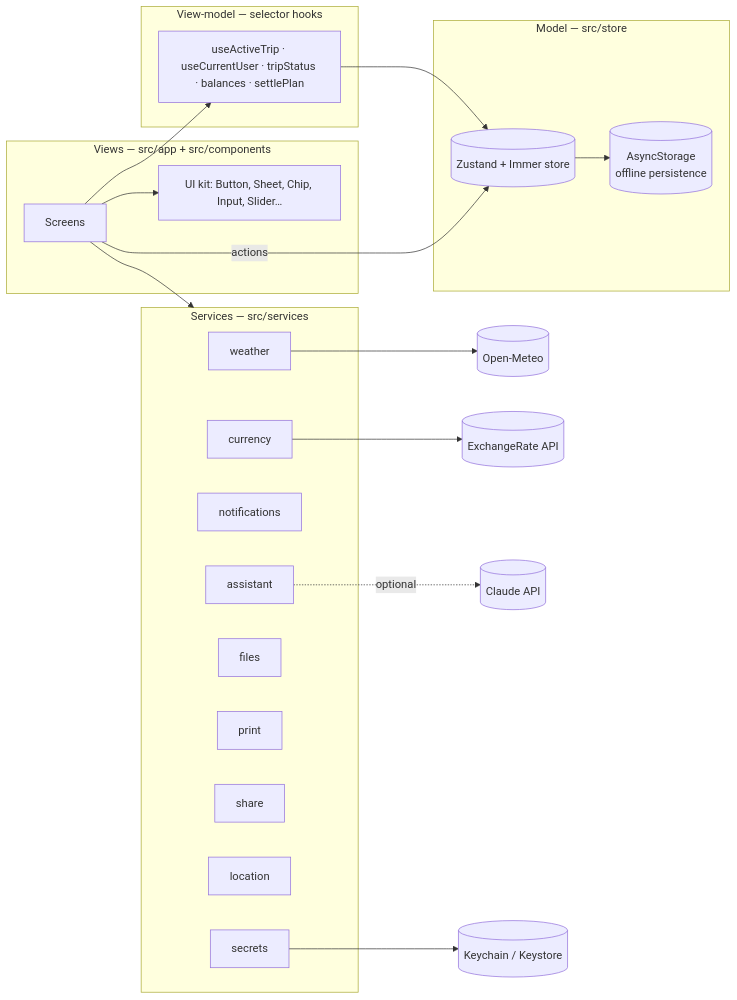
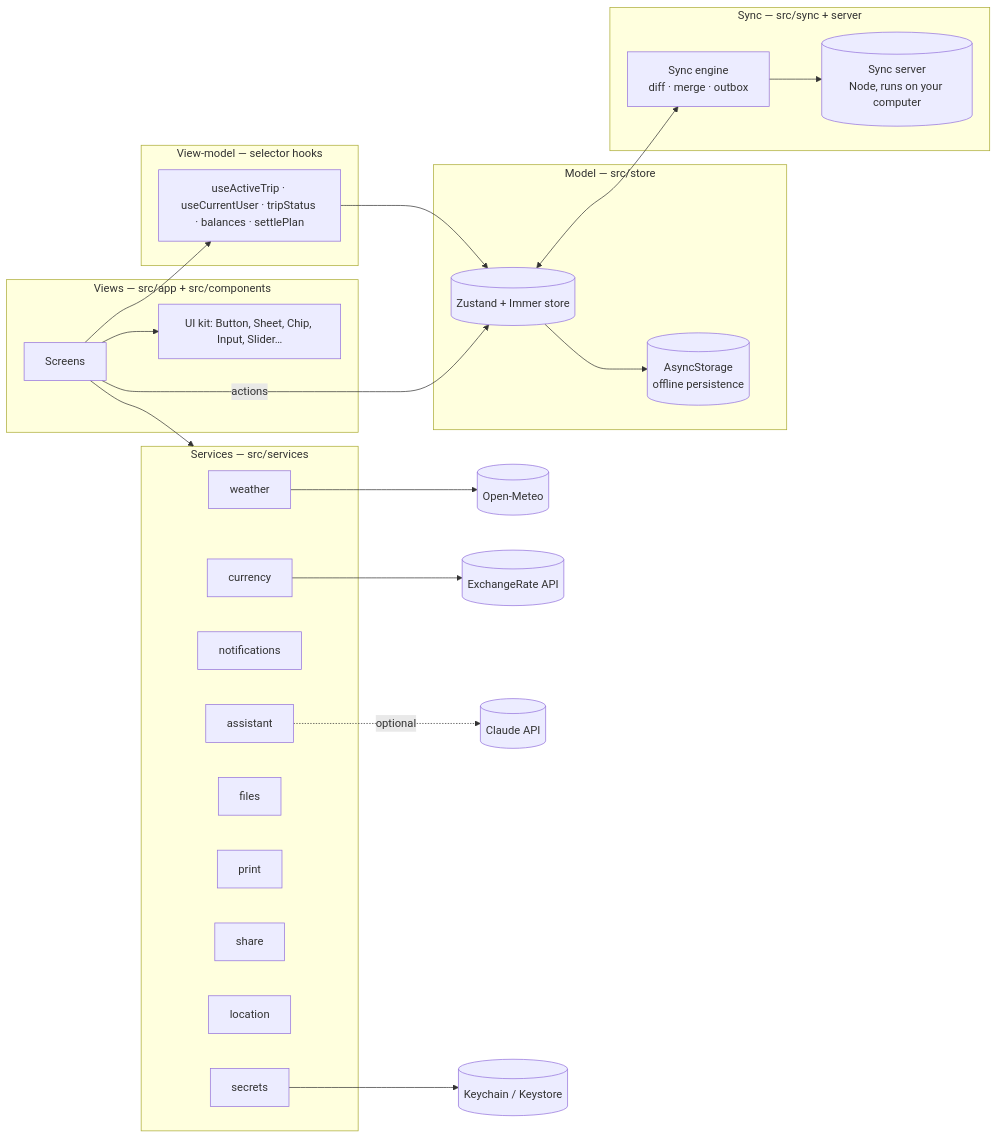
Before and after one commit to Zikobob/Stock-research: the third of 4 diagrams in together-we-go/docs/PLANNING.md, drawn with Mermaid. The commit also changed other lines of this file and 68 other files, not shown here.

````diff
--- a/together-we-go/docs/PLANNING.md
+++ b/together-we-go/docs/PLANNING.md
@@ -54,22 +54,26 @@
 ```mermaid
 flowchart LR
   subgraph View[Views — src/app + src/components]
     S[Screens] --> UI[UI kit: Button, Sheet, Chip, Input, Slider…]
   end
   subgraph VM[View-model — selector hooks]
     H[useActiveTrip · useCurrentUser · tripStatus · balances · settlePlan]
   end
   subgraph Model[Model — src/store]
     Z[(Zustand + Immer store)] --> P[(AsyncStorage<br/>offline persistence)]
   end
   subgraph Svc[Services — src/services]
     W[weather] & C[currency] & N[notifications] & AI[assistant] & F[files] & PR[print] & SH[share] & L[location] & SE[secrets]
   end
+  subgraph Sync[Sync — src/sync + server]
+    E[Sync engine<br/>diff · merge · outbox] --> SV[(Sync server<br/>Node, runs on your computer)]
+  end
   S --> H --> Z
   S -- actions --> Z
   S --> Svc
+  Z <--> E
   W --> OM[(Open-Meteo)]
   C --> ER[(ExchangeRate API)]
   AI -. optional .-> CL[(Claude API)]
   SE --> KC[(Keychain / Keystore)]
 ```
````
